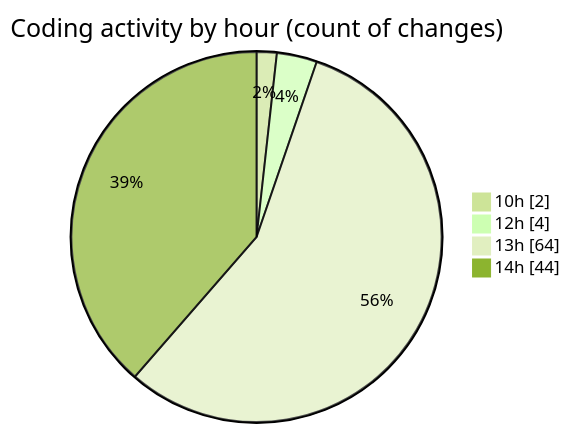
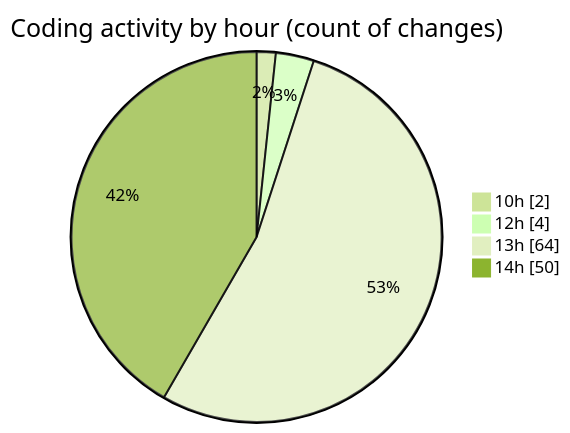
The second of 2 diagrams in 2026-04-30/cda/README.md (momahboobian/code-tracking), drawn with Mermaid (forest theme) before and after one commit. The commit also changed other lines of this file and 1 other file, not shown here.

````diff
--- a/2026-04-30/cda/README.md
+++ b/2026-04-30/cda/README.md
@@ -71,8 +74,8 @@
 ```mermaid
 pie showData
 title Coding activity by hour (count of changes)
 "10h" : 2
 "12h" : 4
 "13h" : 64
-"14h" : 44
+"14h" : 50
 ```
````
